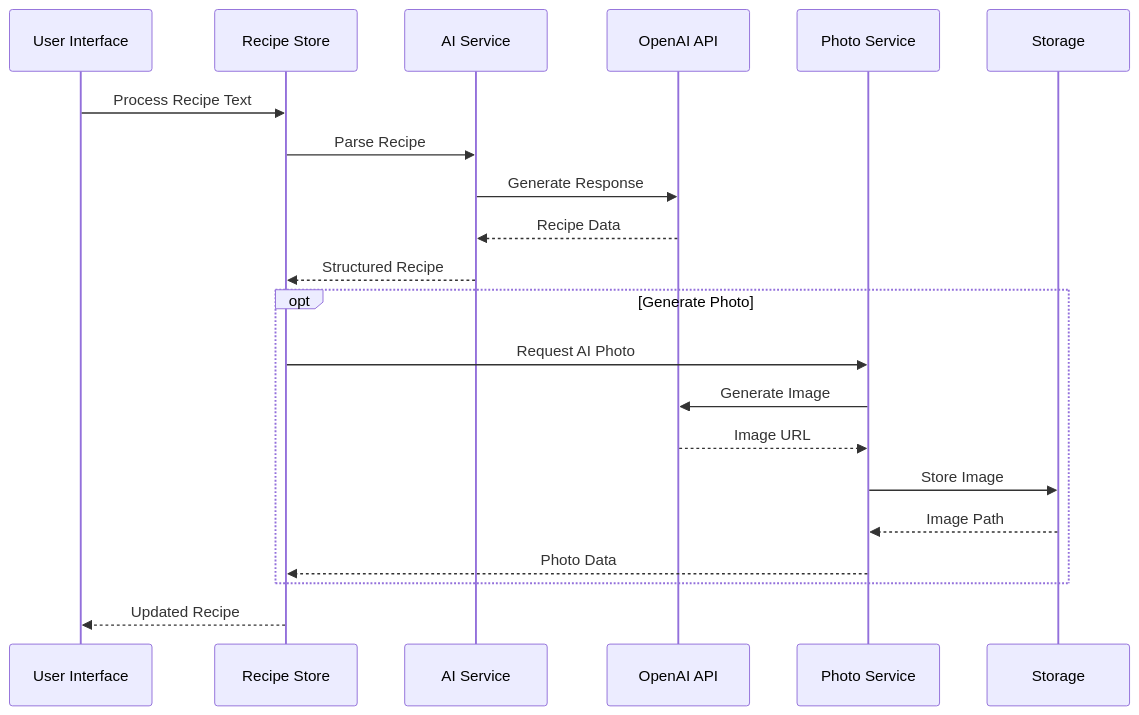
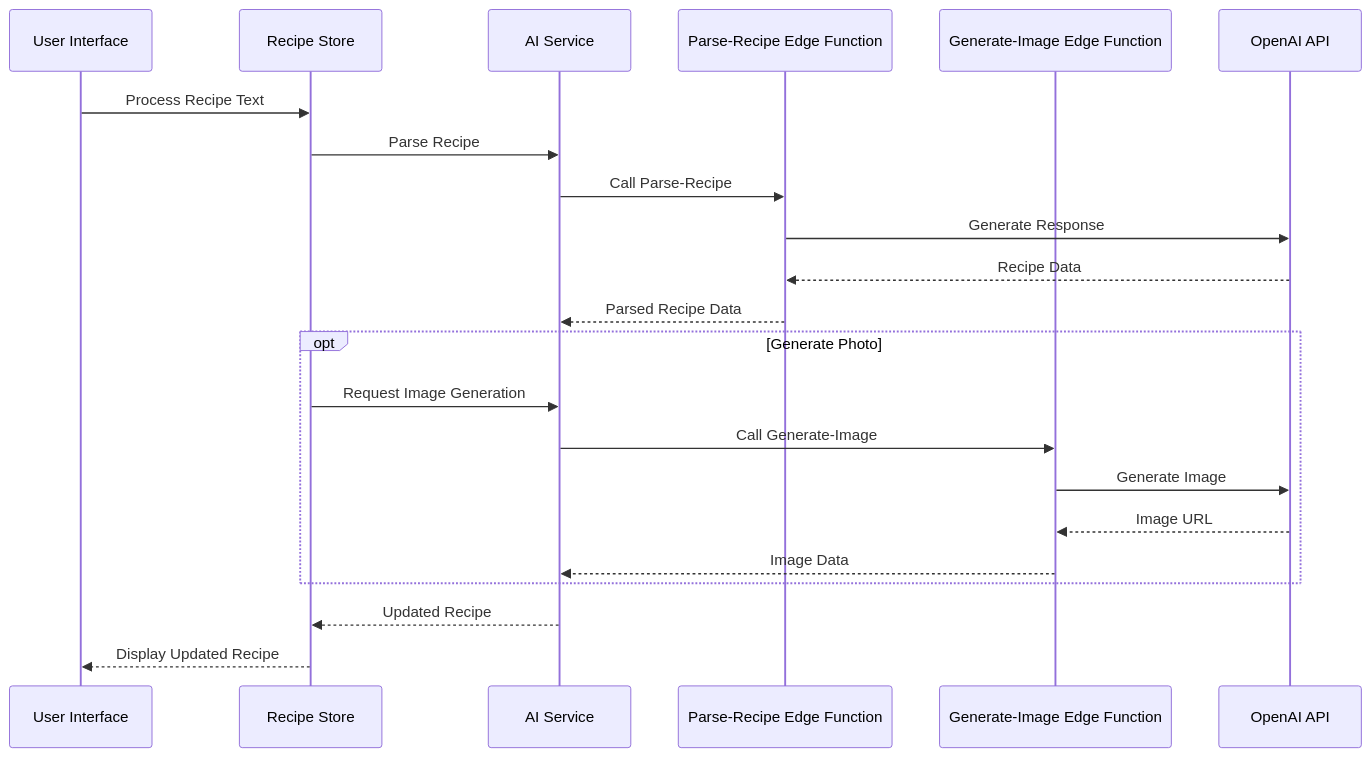
The first of 5 diagrams in IMPLEMENTATION.md (MarvinNotRobot/aichef), drawn with Mermaid before and after one commit. The commit also changed other lines of this file, not shown here.

Commit message:
Updated the implementation

````diff
--- a/IMPLEMENTATION.md
+++ b/IMPLEMENTATION.md
@@ -10,26 +10,27 @@
 ```mermaid
 sequenceDiagram
     participant UI as User Interface
     participant RS as Recipe Store
     participant AI as AI Service
+    participant EF1 as Parse-Recipe Edge Function
+    participant EF2 as Generate-Image Edge Function
     participant OAI as OpenAI API
-    participant PS as Photo Service
-    participant S as Storage
 
     UI->>RS: Process Recipe Text
     RS->>AI: Parse Recipe
-    AI->>OAI: Generate Response
-    OAI-->>AI: Recipe Data
-    AI-->>RS: Structured Recipe
+    AI->>EF1: Call Parse-Recipe
+    EF1->>OAI: Generate Response
+    OAI-->>EF1: Recipe Data
+    EF1-->>AI: Parsed Recipe Data
     
     opt Generate Photo
-        RS->>PS: Request AI Photo
-        PS->>OAI: Generate Image
-        OAI-->>PS: Image URL
-        PS->>S: Store Image
-        S-->>PS: Image Path
-        PS-->>RS: Photo Data
+        RS->>AI: Request Image Generation
+        AI->>EF2: Call Generate-Image
+        EF2->>OAI: Generate Image
+        OAI-->>EF2: Image URL
+        EF2-->>AI: Image Data
     end
     
-    RS-->>UI: Updated Recipe
+    AI-->>RS: Updated Recipe
+    RS-->>UI: Display Updated Recipe
 ```
````
